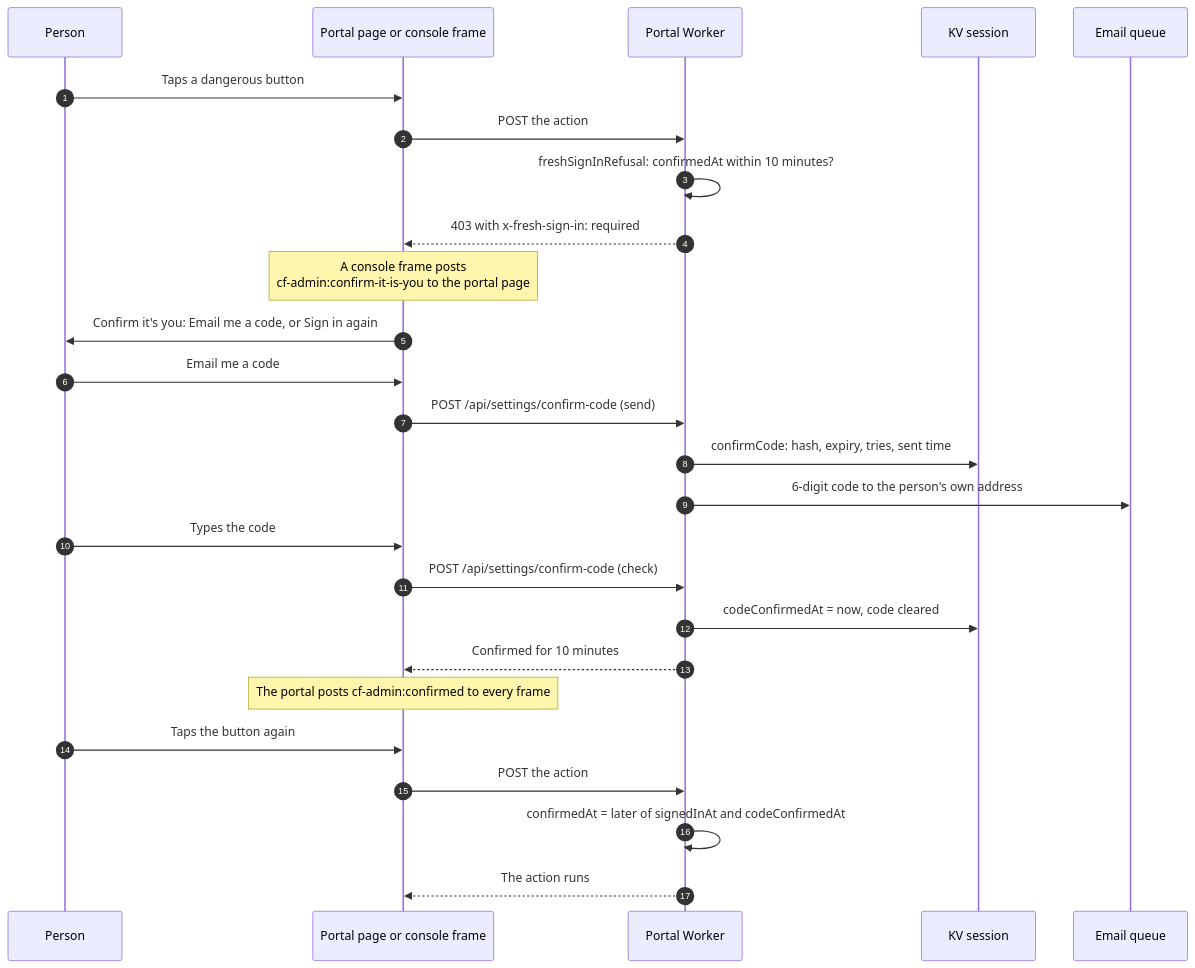
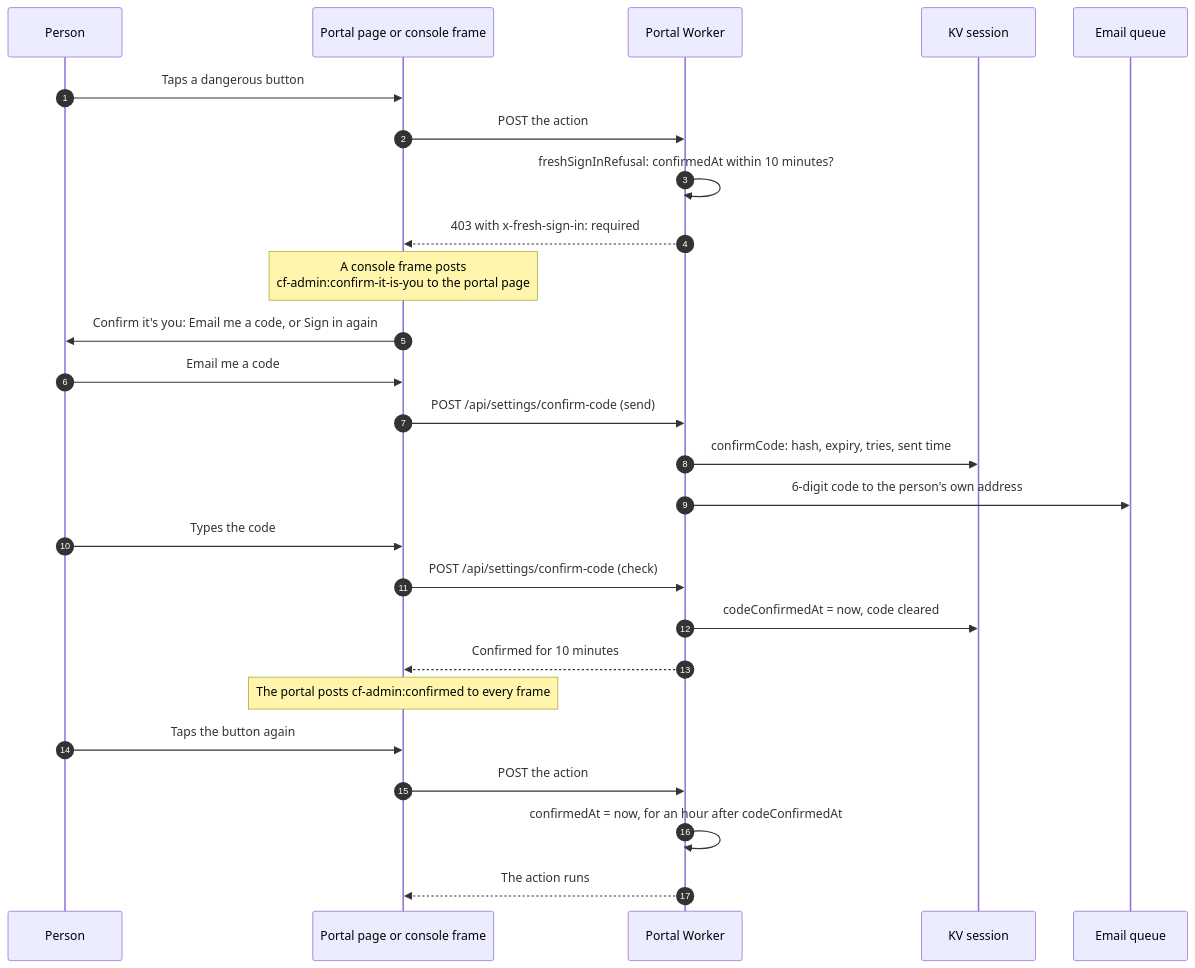
One commit to Harshil8136/chess-game1 changed the ninth of 10 diagrams in synced-docs/cf-admin/documentation/architecture/FLOWS-SIGN-IN-AND-CHECKS.md. Above: the diagram before and after it, drawn with Mermaid. The commit also changed other lines of this file and 8 other files, not shown here.

````diff
--- a/synced-docs/cf-admin/documentation/architecture/FLOWS-SIGN-IN-AND-CHECKS.md
+++ b/synced-docs/cf-admin/documentation/architecture/FLOWS-SIGN-IN-AND-CHECKS.md
@@ -305,28 +305,28 @@
 ```mermaid
 sequenceDiagram
     autonumber
     participant U as Person
     participant UI as Portal page or console frame
     participant P as Portal Worker
     participant K as KV session
     participant Q as Email queue
     U->>UI: Taps a dangerous button
     UI->>P: POST the action
     P->>P: freshSignInRefusal: confirmedAt within 10 minutes?
     P-->>UI: 403 with x-fresh-sign-in: required
     Note over UI: A console frame posts<br/>cf-admin:confirm-it-is-you to the portal page
     UI->>U: Confirm it's you: Email me a code, or Sign in again
     U->>UI: Email me a code
     UI->>P: POST /api/settings/confirm-code (send)
     P->>K: confirmCode: hash, expiry, tries, sent time
     P->>Q: 6-digit code to the person's own address
     U->>UI: Types the code
     UI->>P: POST /api/settings/confirm-code (check)
     P->>K: codeConfirmedAt = now, code cleared
     P-->>UI: Confirmed for 10 minutes
     Note over UI: The portal posts cf-admin:confirmed to every frame
     U->>UI: Taps the button again
     UI->>P: POST the action
-    P->>P: confirmedAt = later of signedInAt and codeConfirmedAt
+    P->>P: confirmedAt = now, for an hour after codeConfirmedAt
     P-->>UI: The action runs
 ```
````
